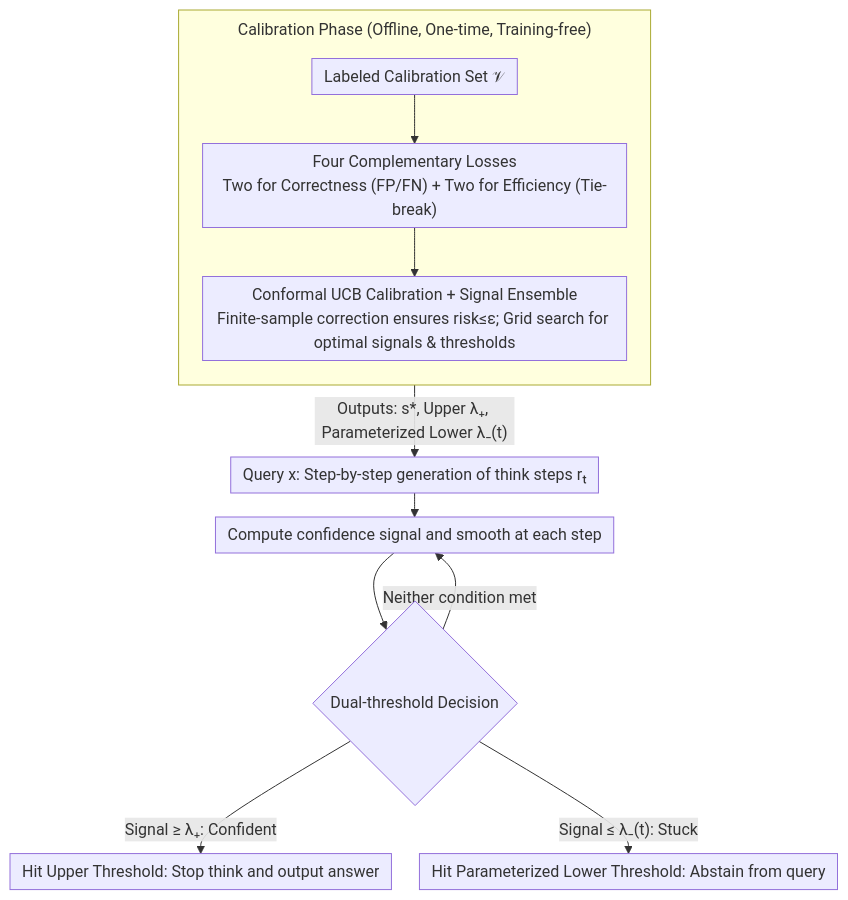
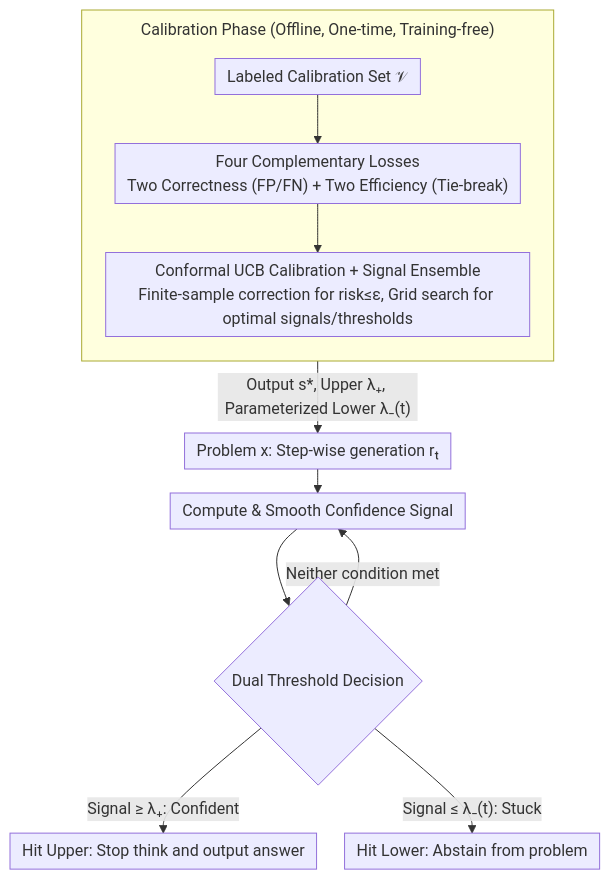
Before and after one commit to zhaoyang97/Paper-Notes-en: the diagram in docs/ICML2026/llm_reasoning/conformal_thinking_risk_control_for_reasoning_on_a_compute_budget.md, drawn with Mermaid. The commit also changed other lines of this file and 5084 other files, not shown here.

````diff
--- a/docs/ICML2026/llm_reasoning/conformal_thinking_risk_control_for_reasoning_on_a_compute_budget.md
+++ b/docs/ICML2026/llm_reasoning/conformal_thinking_risk_control_for_reasoning_on_a_compute_budget.md
@@ -46,15 +46,15 @@
 ```mermaid
 %%{init: {'flowchart': {'rankSpacing': 24, 'nodeSpacing': 28, 'padding': 6, 'wrappingWidth': 400, 'subGraphTitleMargin': {'top': 8, 'bottom': 16}}}}%%
 flowchart TD
     subgraph CAL["Calibration Phase (Offline, One-time, Training-free)"]
         direction TB
-        V["Labeled Calibration Set 𝒱"] --> L["Four Complementary Losses<br/>Two for Correctness (FP/FN) + Two for Efficiency (Tie-break)"]
-        L --> U["Conformal UCB Calibration + Signal Ensemble<br/>Finite-sample correction ensures risk≤ε; Grid search for optimal signals & thresholds"]
+        V["Labeled Calibration Set 𝒱"] --> L["Four Complementary Losses<br/>Two Correctness (FP/FN) + Two Efficiency (Tie-break)"]
+        L --> U["Conformal UCB Calibration + Signal Ensemble<br/>Finite-sample correction for risk≤ε, Grid search for optimal signals/thresholds"]
     end
-    U -->|"Outputs: s*, Upper λ₊, Parameterized Lower λ₋(t)"| X
-    X["Query x: Step-by-step generation of think steps rₜ"] --> S["Compute confidence signal and smooth at each step"]
-    S --> C{"Dual-threshold Decision"}
-    C -->|"Signal ≥ λ₊: Confident"| O1["Hit Upper Threshold: Stop think and output answer"]
-    C -->|"Signal ≤ λ₋(t): Stuck"| O2["Hit Parameterized Lower Threshold: Abstain from query"]
+    U -->|"Output s*, Upper λ₊, Parameterized Lower λ₋(t)"| X
+    X["Problem x: Step-wise generation rₜ"] --> S["Compute & Smooth Confidence Signal"]
+    S --> C{"Dual Threshold Decision"}
+    C -->|"Signal ≥ λ₊: Confident"| O1["Hit Upper: Stop think and output answer"]
+    C -->|"Signal ≤ λ₋(t): Stuck"| O2["Hit Lower: Abstain from problem"]
     C -->|"Neither condition met"| S
 ```
````
